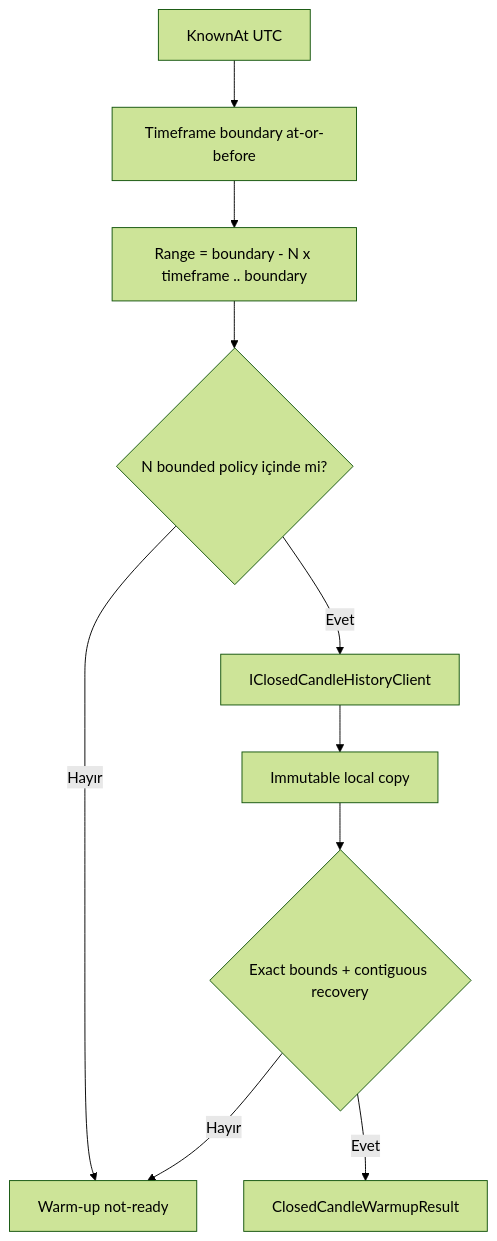
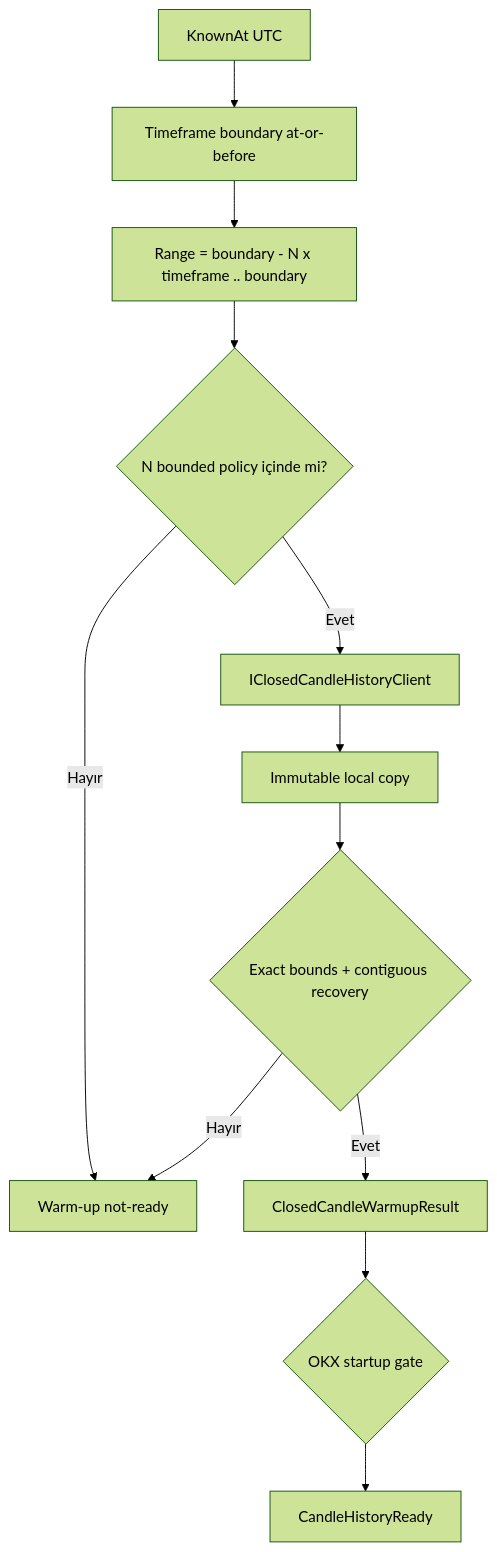
Diagram 23 of 23 in docs/09-diyagramlar.md (ozgenakincilar/TradingBot), drawn with Mermaid (forest theme) before and after one commit. The commit also changed other lines of this file and 14 other files, not shown here.

First line of the commit message:
Gate OKX readiness on closed-candle warm-up

````diff
--- a/docs/09-diyagramlar.md
+++ b/docs/09-diyagramlar.md
@@ -509,12 +512,14 @@
 ```mermaid
 flowchart TD
     NOW[KnownAt UTC] --> FLOOR[Timeframe boundary at-or-before]
     FLOOR --> RANGE[Range = boundary - N x timeframe .. boundary]
     RANGE --> LIMIT{N bounded policy içinde mi?}
     LIMIT -- Hayır --> REJECT[Warm-up not-ready]
     LIMIT -- Evet --> HISTORY[IClosedCandleHistoryClient]
     HISTORY --> COPY[Immutable local copy]
     COPY --> GUARD{Exact bounds + contiguous recovery}
     GUARD -- Hayır --> REJECT
     GUARD -- Evet --> READY[ClosedCandleWarmupResult]
+    READY --> HOST{OKX startup gate}
+    HOST --> CANDLE_READY[CandleHistoryReady]
 ```
````
